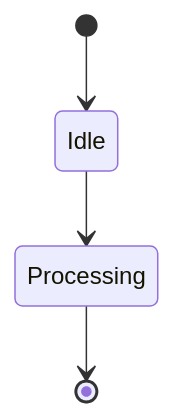
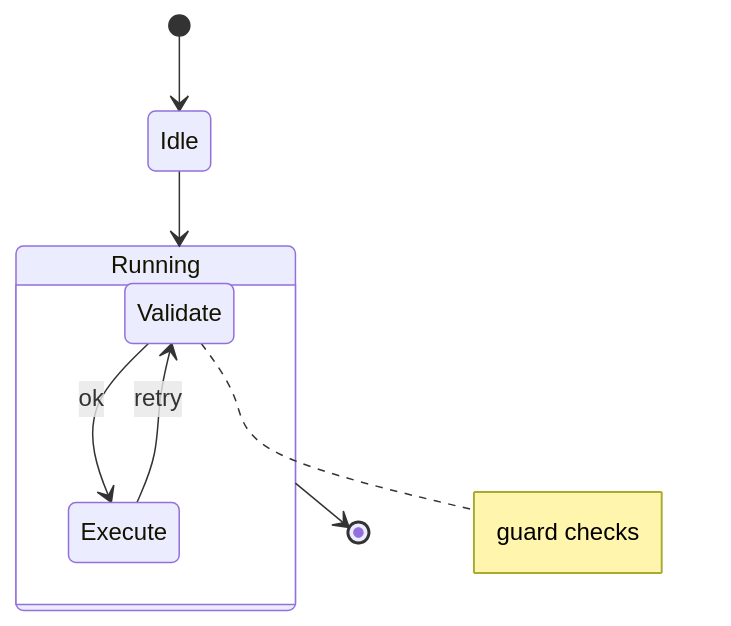
The fourth of 5 diagrams in examples.md (lsj5031/MarkieCli), drawn with Mermaid before and after one commit. The commit also changed other lines of this file and 3 other files, not shown here.

Commit message:
docs: refresh README and examples for new mermaid capabilities

````diff
--- a/examples.md
+++ b/examples.md
@@ -125,6 +133,13 @@
 ```mermaid
 stateDiagram
     [*] --> Idle
-    Idle --> Processing
-    Processing --> [*]
+    Idle --> Running
+    state Running {
+        state Validate
+        state Execute
+        Validate --> Execute: ok
+        Execute --> Validate: retry
+    }
+    Note right of Validate: guard checks
+    Running --> [*]
 ```
````
